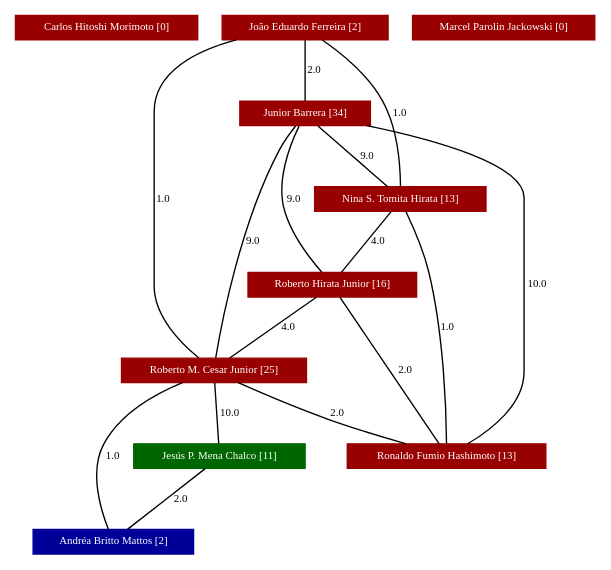
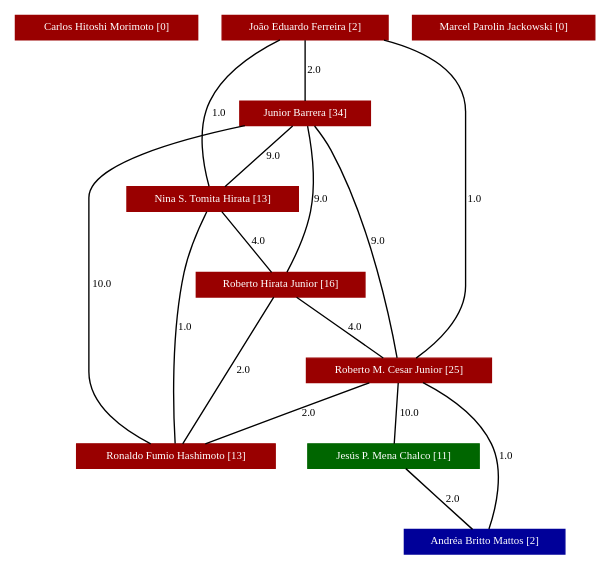
The diagram in exemplo/teste-02/grafoDeColaboracoesComPesos.dot (charles-souza/tcc-script-lattes), drawn with Graphviz before and after one commit. The commit also changed other lines of this file and 191 other files, not shown here.

```diff
--- a/exemplo/teste-02/grafoDeColaboracoesComPesos.dot
+++ b/exemplo/teste-02/grafoDeColaboracoesComPesos.dot
@@ -1,29 +1,29 @@
 strict graph grafo2 {
 	graph [bb="0,0,426,402", id=grafo2, overlap=False];
 	node [label="\N", fontsize=8, shape=rectangle, style=filled];
 	0 [label="Carlos Hitoshi Morimoto [0]", URL="http://lattes.cnpq.br/4575931307749163", color="#990000", fontcolor="#FFFFFF", height="0.25", pos="67,393", width="1.8611"];
 	1 [label="João Eduardo Ferreira [2]", URL="http://lattes.cnpq.br/0131770792108992", color="#990000", fontcolor="#FFFFFF", height="0.25", pos="213,393", width="1.6944"];
+	2 [label="Junior Barrera [34]", URL="http://lattes.cnpq.br/0362417828475021", color="#990000", fontcolor="#FFFFFF", height="0.25", pos="213,329", width="1.3333"];
 	4 [label="Nina S. Tomita Hirata [13]", URL="http://lattes.cnpq.br/0644408634493034", color="#990000", fontcolor="#FFFFFF", height="0.25", pos="284,265", width="1.75"];
 	6 [label="Roberto M. Cesar Junior [25]", URL="http://lattes.cnpq.br/2240951178648368", color="#990000", fontcolor="#FFFFFF", height="0.25", pos="145,137", width="1.8889"];
-	2 [label="Junior Barrera [34]", URL="http://lattes.cnpq.br/0362417828475021", color="#990000", fontcolor="#FFFFFF", height="0.25", pos="213,329", width="1.3333"];
+	8 [label="Jesús P. Mena Chalco [11]", URL="http://lattes.cnpq.br/4727357182510680", color="#006600", fontcolor="#FFFFFF", height="0.25", pos="153,73", width="1.75"];
+	9 [label="Andréa Britto Mattos [2]", URL="http://lattes.cnpq.br/2837012019824386", color="#000099", fontcolor="#FFFFFF", height="0.25", pos="90,9", width="1.6389"];
 	7 [label="Ronaldo Fumio Hashimoto [13]", URL="http://lattes.cnpq.br/9283304583756076", color="#990000", fontcolor="#FFFFFF", height="0.25", pos="310,73", width="2.0278"];
-	9 [label="Andréa Britto Mattos [2]", URL="http://lattes.cnpq.br/2837012019824386", color="#000099", fontcolor="#FFFFFF", height="0.25", pos="90,9", width="1.6389"];
-	8 [label="Jesús P. Mena Chalco [11]", URL="http://lattes.cnpq.br/4727357182510680", color="#006600", fontcolor="#FFFFFF", height="0.25", pos="153,73", width="1.75"];
 	5 [label="Roberto Hirata Junior [16]", URL="http://lattes.cnpq.br/1647118503085126", color="#990000", fontcolor="#FFFFFF", height="0.25", pos="233,201", width="1.7222"];
 	3 [label="Marcel Parolin Jackowski [0]", URL="http://lattes.cnpq.br/0926213060635986", color="#990000", fontcolor="#FFFFFF", height="0.25", pos="359,393", width="1.8611"];
+	1 -- 2 [fontsize=8, label="2.0", lp="220,361", pos="213,383.83 213,371.66 213,350.31 213,338.15"];
 	1 -- 4 [fontsize=8, label="1.0", lp="284,329", pos="226.61,383.76 239.88,373.99 259.52,357.35 270,338 281.31,317.12 283.59,288.54 283.98,274.12"];
 	1 -- 6 [fontsize=8, label="1.0", lp="108,265", pos="161.92,383.98 132.38,375.5 101,359.35 101,329 101,329 101,329 101,201 101,178.08 120.4,157.38 133.44,146.05"];
-	1 -- 2 [fontsize=8, label="2.0", lp="220,361", pos="213,383.83 213,371.66 213,350.31 213,338.15"];
+	6 -- 8 [fontsize=8, label="10.0", lp="158.5,105", pos="146.15,127.83 147.67,115.66 150.34,94.31 151.86,82.153"];
+	6 -- 9 [fontsize=8, label="1.0", lp="74,73", pos="121.84,127.87 103.25,119.16 78.44,104.07 67,82 55.869,60.53 72.19,32.691 82.555,18.391"];
 	6 -- 7 [fontsize=8, label="2.0", lp="235,105", pos="163.89,127.92 180.56,120.07 205.63,108.64 228,100 245.06,93.41 264.48,86.969 280.14,82.032"];
-	6 -- 9 [fontsize=8, label="1.0", lp="74,73", pos="121.84,127.87 103.25,119.16 78.44,104.07 67,82 55.869,60.53 72.19,32.691 82.555,18.391"];
-	6 -- 8 [fontsize=8, label="10.0", lp="158.5,105", pos="146.15,127.83 147.67,115.66 150.34,94.31 151.86,82.153"];
+	2 -- 5 [fontsize=8, label="9.0", lp="205,265", pos="208.31,319.89 201.78,305.97 191.42,278.61 198,256 203.19,238.18 216.09,220.62 224.7,210.3"];
 	2 -- 4 [fontsize=8, label="9.0", lp="259,297", pos="223.17,319.83 236.67,307.66 260.36,286.31 273.85,274.15"];
+	2 -- 6 [fontsize=8, label="9.0", lp="175,233", pos="205.64,319.91 201.8,314.86 197.24,308.32 194,302 165.49,246.43 150.87,171.62 146.47,146.02"];
 	2 -- 7 [fontsize=8, label="10.0", lp="384.5,201", pos="259.86,319.95 307.7,309.32 375,289.95 375,265 375,265 375,265 375,137 375,111.34 348.97,92.53 329.86,82.173"];
-	2 -- 6 [fontsize=8, label="9.0", lp="175,233", pos="205.64,319.91 201.8,314.86 197.24,308.32 194,302 165.49,246.43 150.87,171.62 146.47,146.02"];
-	2 -- 5 [fontsize=8, label="9.0", lp="205,265", pos="208.31,319.89 201.78,305.97 191.42,278.61 198,256 203.19,238.18 216.09,220.62 224.7,210.3"];
+	4 -- 5 [fontsize=8, label="4.0", lp="268,233", pos="276.69,255.83 267,243.66 249.98,222.31 240.29,210.15"];
 	4 -- 7 [fontsize=8, label="1.0", lp="316,169", pos="288.29,255.91 293.1,245.2 300.67,226.74 304,210 313.42,162.6 311.68,104.23 310.55,82.09"];
-	4 -- 5 [fontsize=8, label="4.0", lp="268,233", pos="276.69,255.83 267,243.66 249.98,222.31 240.29,210.15"];
+	5 -- 6 [fontsize=8, label="4.0", lp="201,169", pos="220.39,191.83 203.66,179.66 174.3,158.31 157.58,146.15"];
 	5 -- 7 [fontsize=8, label="2.0", lp="283,137", pos="238.54,191.79 252.74,168.18 290.36,105.65 304.51,82.122"];
-	5 -- 6 [fontsize=8, label="4.0", lp="201,169", pos="220.39,191.83 203.66,179.66 174.3,158.31 157.58,146.15"];
 	8 -- 9 [fontsize=8, label="2.0", lp="132,41", pos="143.97,63.83 132,51.664 110.98,30.31 99.01,18.153"];
 }
```
